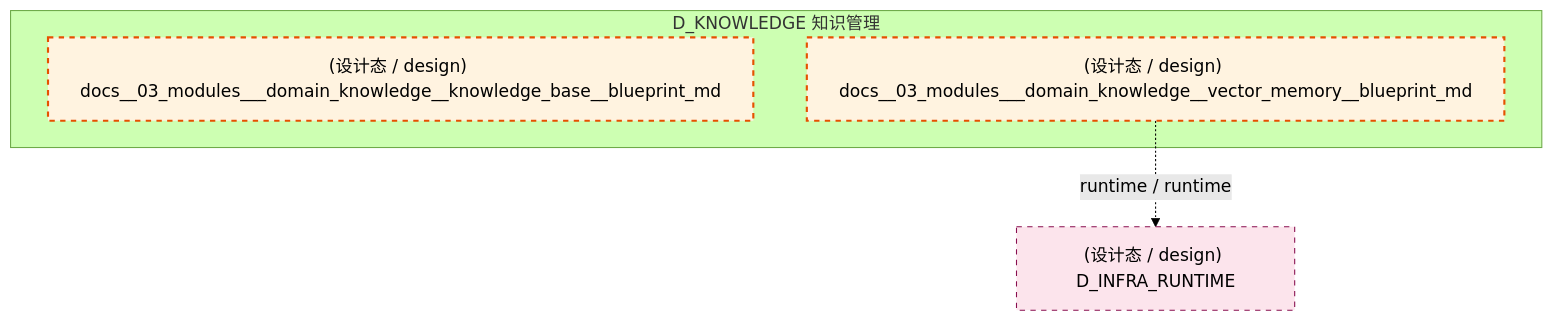
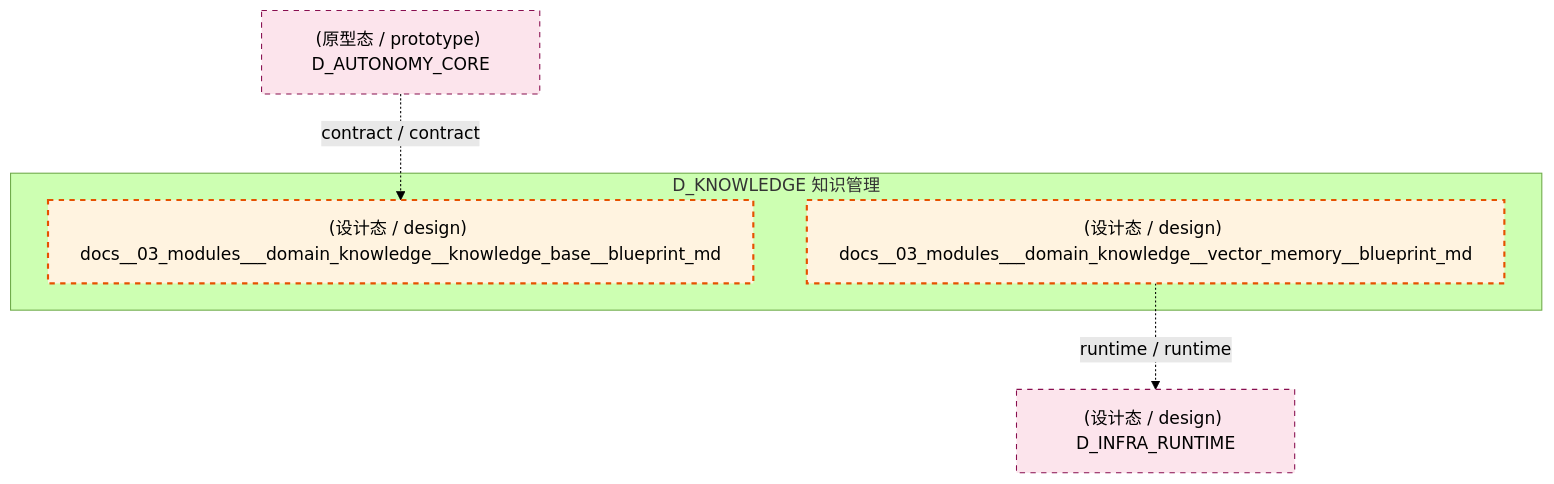
The third of 5 diagrams in docs/02_enterprise_architecture/02_domain_architecture_docs/48_d_knowledge.md (xuanFelixVan/ZephyrAlpha), drawn with Mermaid (forest theme) before and after one commit. The commit also changed other lines of this file and 127 other files, not shown here.

First line of the commit message:
chore(docs): S2-2 refresh architecture docs after depgraph rebuild

````diff
--- a/docs/02_enterprise_architecture/02_domain_architecture_docs/48_d_knowledge.md
+++ b/docs/02_enterprise_architecture/02_domain_architecture_docs/48_d_knowledge.md
@@ -216,15 +218,17 @@
 ```mermaid
 graph TD
     subgraph D_KNOWLEDGE["D_KNOWLEDGE 知识管理"]
         docs_03_modules_domain_knowledge_knowledge_base_blueprint_md["(设计态 / design) docs__03_modules___domain_knowledge__knowledge_base__blueprint_md"]
         docs_03_modules_domain_knowledge_vector_memory_blueprint_md["(设计态 / design) docs__03_modules___domain_knowledge__vector_memory__blueprint_md"]
     end
     D_INFRA_RUNTIME["(设计态 / design) D_INFRA_RUNTIME"]
     docs_03_modules_domain_knowledge_vector_memory_blueprint_md -.->|runtime / runtime| D_INFRA_RUNTIME
+    D_AUTONOMY_CORE["(原型态 / prototype) D_AUTONOMY_CORE"]
+    D_AUTONOMY_CORE -.->|contract / contract| docs_03_modules_domain_knowledge_knowledge_base_blueprint_md
     classDef production fill:#e1f5fe,stroke:#01579b,stroke-width:2px,color:#000
     classDef design fill:#fff3e0,stroke:#e65100,stroke-width:2px,color:#000,stroke-dasharray: 5 5
     classDef external_prod fill:#e8f5e9,stroke:#1b5e20,stroke-width:1px,color:#000
     classDef external_design fill:#fce4ec,stroke:#880e4f,stroke-width:1px,color:#000,stroke-dasharray: 5 5
     class docs_03_modules_domain_knowledge_knowledge_base_blueprint_md,docs_03_modules_domain_knowledge_vector_memory_blueprint_md design
-    class D_INFRA_RUNTIME external_design
+    class D_INFRA_RUNTIME,D_AUTONOMY_CORE external_design
 ```
````
